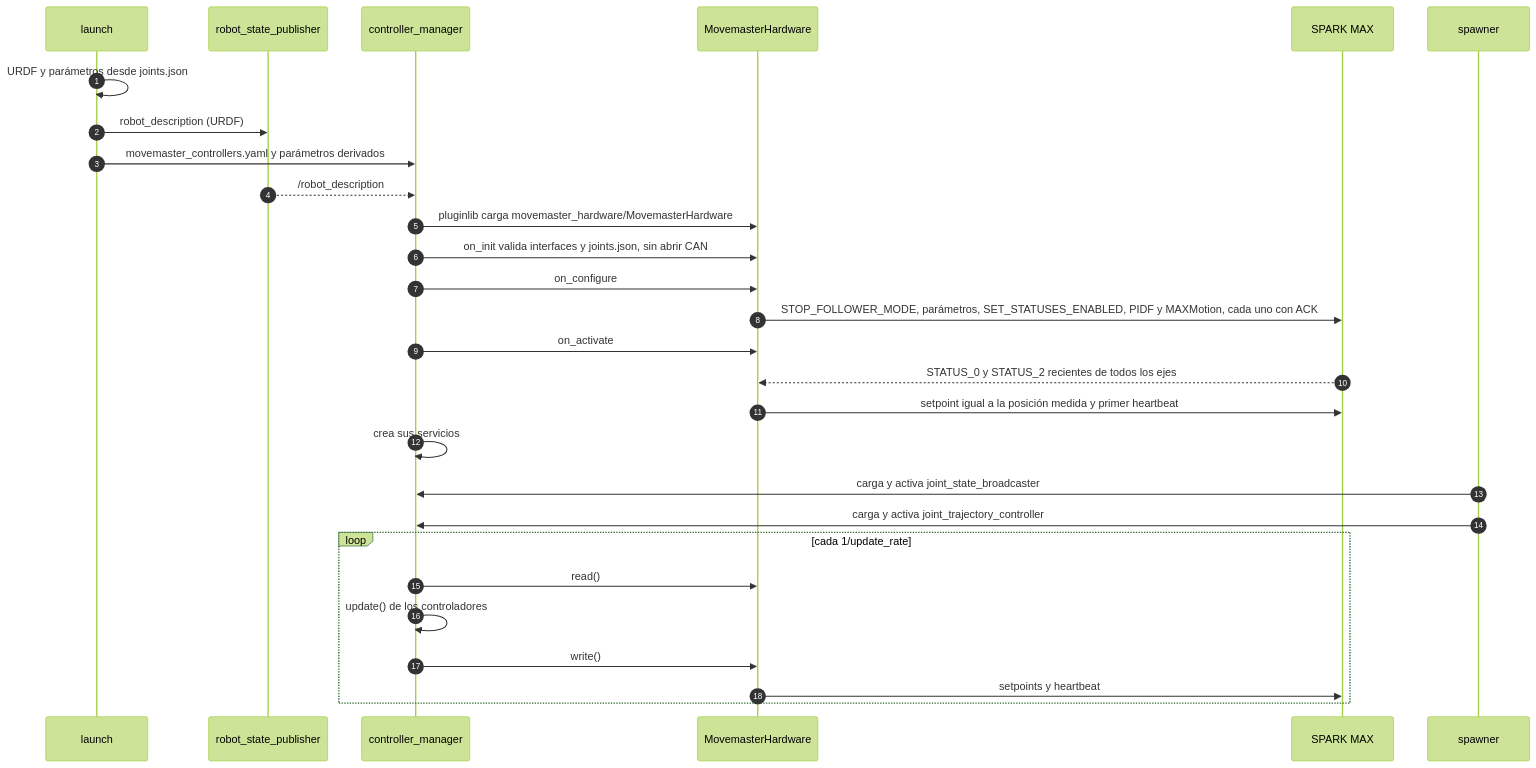
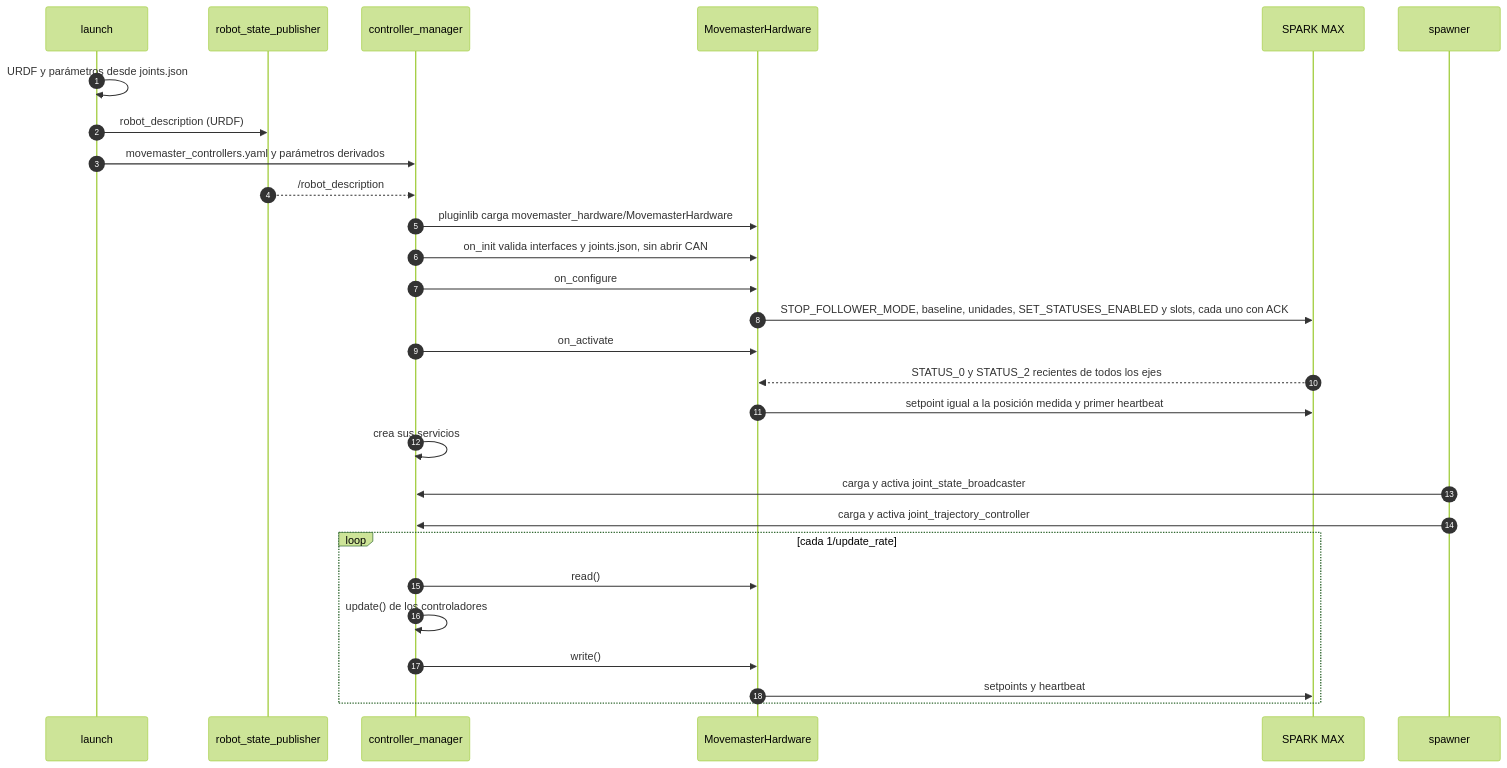
One commit to DiazPaz/movemaster changed the second of 2 diagrams in movemaster_ws/src/movemaster_ros/movemaster_ros/docs/MANUAL.md. Above: the diagram before and after it, drawn with Mermaid (forest theme). The commit also changed other lines of this file and 7 other files, not shown here.

````diff
--- a/movemaster_ws/src/movemaster_ros/movemaster_ros/docs/MANUAL.md
+++ b/movemaster_ws/src/movemaster_ros/movemaster_ros/docs/MANUAL.md
@@ -151,30 +161,30 @@
 ```mermaid
 sequenceDiagram
     autonumber
     participant L as launch
     participant R as robot_state_publisher
     participant C as controller_manager
     participant H as MovemasterHardware
     participant S as SPARK MAX
     participant P as spawner
     L->>L: URDF y parámetros desde joints.json
     L->>R: robot_description (URDF)
     L->>C: movemaster_controllers.yaml y parámetros derivados
     R-->>C: /robot_description
     C->>H: pluginlib carga movemaster_hardware/MovemasterHardware
     C->>H: on_init valida interfaces y joints.json, sin abrir CAN
     C->>H: on_configure
-    H->>S: STOP_FOLLOWER_MODE, parámetros, SET_STATUSES_ENABLED, PIDF y MAXMotion, cada uno con ACK
+    H->>S: STOP_FOLLOWER_MODE, baseline, unidades, SET_STATUSES_ENABLED y slots, cada uno con ACK
     C->>H: on_activate
     S-->>H: STATUS_0 y STATUS_2 recientes de todos los ejes
     H->>S: setpoint igual a la posición medida y primer heartbeat
     C->>C: crea sus servicios
     P->>C: carga y activa joint_state_broadcaster
     P->>C: carga y activa joint_trajectory_controller
     loop cada 1/update_rate
         C->>H: read()
         C->>C: update() de los controladores
         C->>H: write()
         H->>S: setpoints y heartbeat
     end
 ```
````
